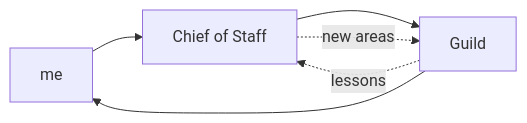
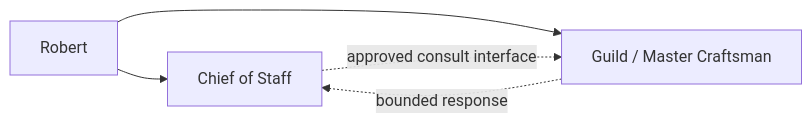
Before and after one commit to robertvanstedum/personal-ai-agents: the third of 3 diagrams in ROADMAP.md, drawn with Mermaid. The commit also changed other lines of this file and 24 other files, not shown here.

````diff
--- a/ROADMAP.md
+++ b/ROADMAP.md
@@ -73,8 +74,7 @@
 ```mermaid
 flowchart LR
-    A[me] --> B[Chief of Staff]
-    B --> C[Guild]
-    C --> A
-    C -.lessons.-> B
-    B -.new areas.-> C
+    A[Robert] --> B[Chief of Staff]
+    A --> C[Guild / Master Craftsman]
+    B -.approved consult interface.-> C
+    C -.bounded response.-> B
 ```
````
